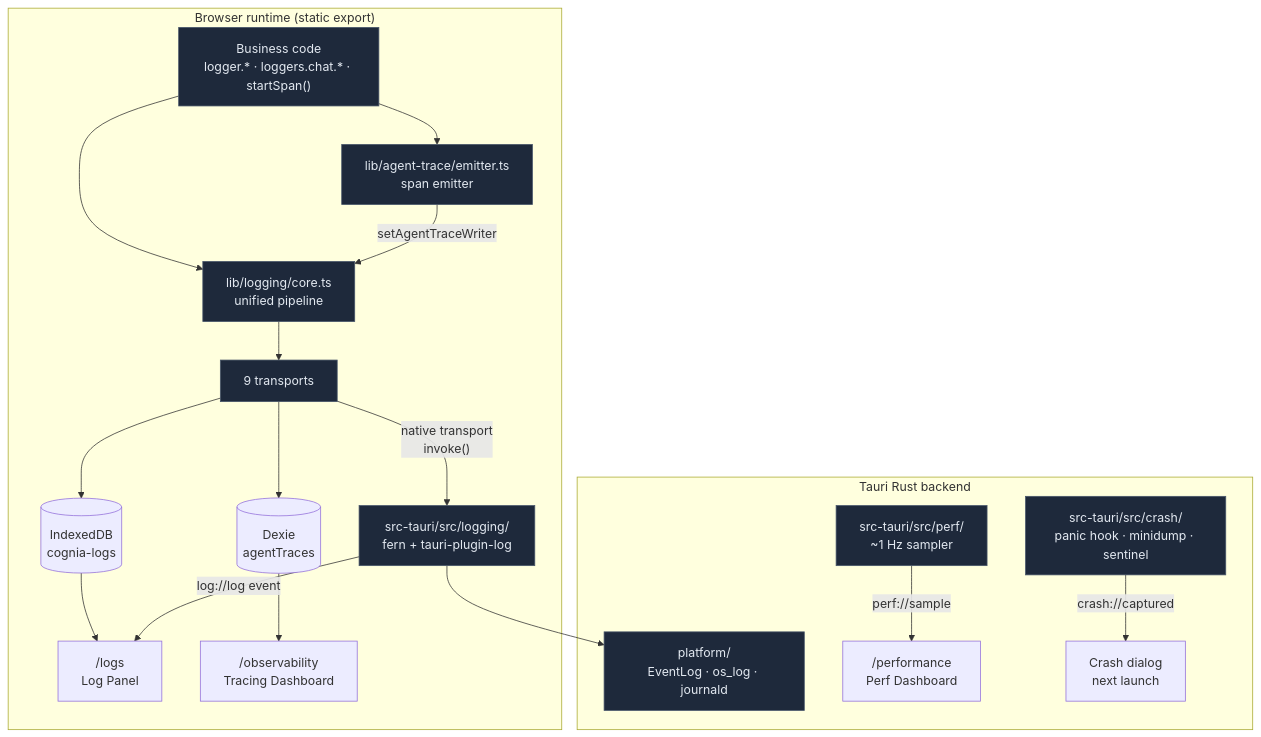
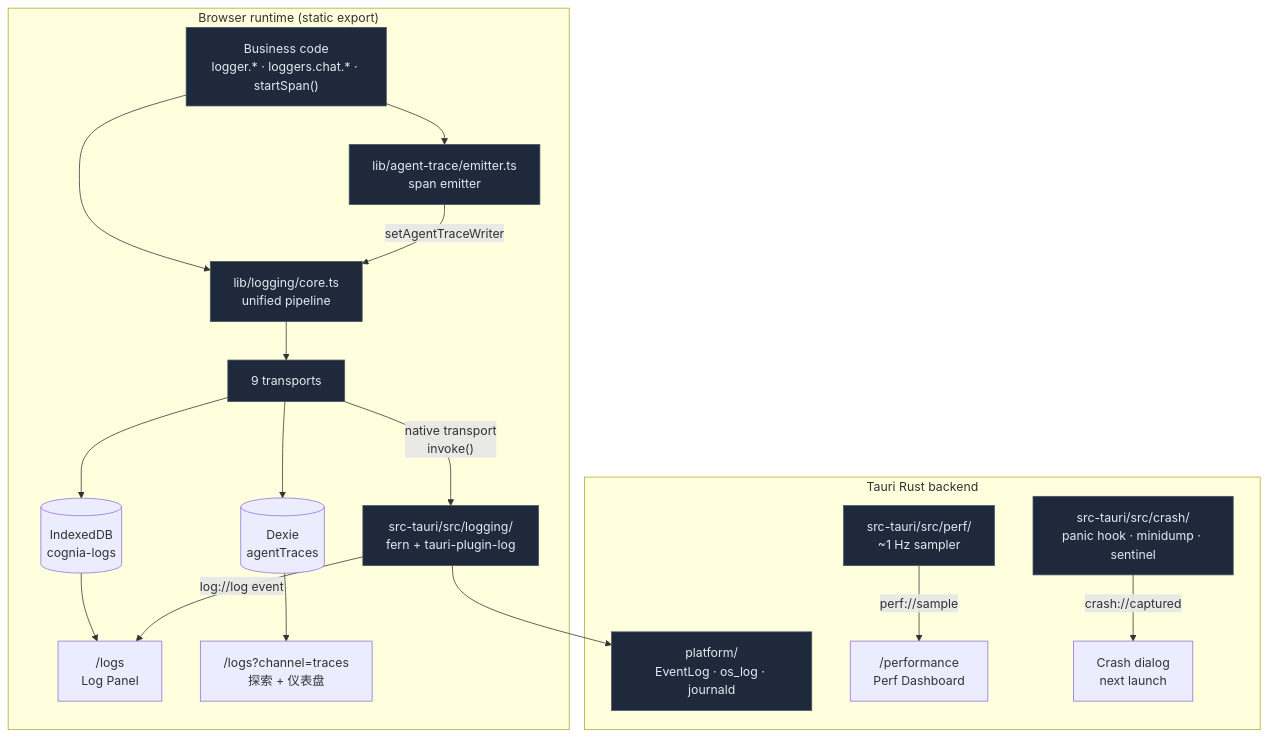
The diagram in docs/content/docs/zh/subsystems/observability/index.mdx (MaxQian888/cognia-next), drawn with Mermaid before and after one commit. The commit also changed other lines of this file and 33 other files, not shown here.

````diff
--- a/docs/content/docs/zh/subsystems/observability/index.mdx
+++ b/docs/content/docs/zh/subsystems/observability/index.mdx
@@ -52,29 +52,29 @@
 ```mermaid
 flowchart TB
   subgraph Browser["Browser runtime (static export)"]
     Code["Business code<br/>logger.* · loggers.chat.* · startSpan()"]
     Pipe["lib/logging/core.ts<br/>unified pipeline"]
     Emit["lib/agent-trace/emitter.ts<br/>span emitter"]
     Code --> Pipe
     Code --> Emit
     Pipe --> Tn["9 transports"]
     Emit -->|"setAgentTraceWriter"| Pipe
     Tn --> IDB[("IndexedDB<br/>cognia-logs")]
     Tn --> Dexie[("Dexie<br/>agentTraces")]
     IDB --> Logs["/logs<br/>Log Panel"]
-    Dexie --> Obs["/observability<br/>Tracing Dashboard"]
+    Dexie --> Obs["/logs?channel=traces<br/>探索 + 仪表盘"]
     Tn -->|"native transport<br/>invoke()"| RustIn
   end
   subgraph Rust["Tauri Rust backend"]
     RustIn["src-tauri/src/logging/<br/>fern + tauri-plugin-log"]
     RustIn --> OS["platform/<br/>EventLog · os_log · journald"]
     RustIn -->|"log://log event"| Logs
     Perf["src-tauri/src/perf/<br/>~1 Hz sampler"]
     Perf -->|"perf://sample"| PerfUI["/performance<br/>Perf Dashboard"]
     Crash["src-tauri/src/crash/<br/>panic hook · minidump · sentinel"]
     Crash -->|"crash://captured"| Dialog["Crash dialog<br/>next launch"]
   end
 
   classDef box fill:#1e293b,stroke:#475569,color:#e2e8f0
   class Code,Pipe,Emit,Tn,RustIn,OS,Perf,Crash box
 ```
````
